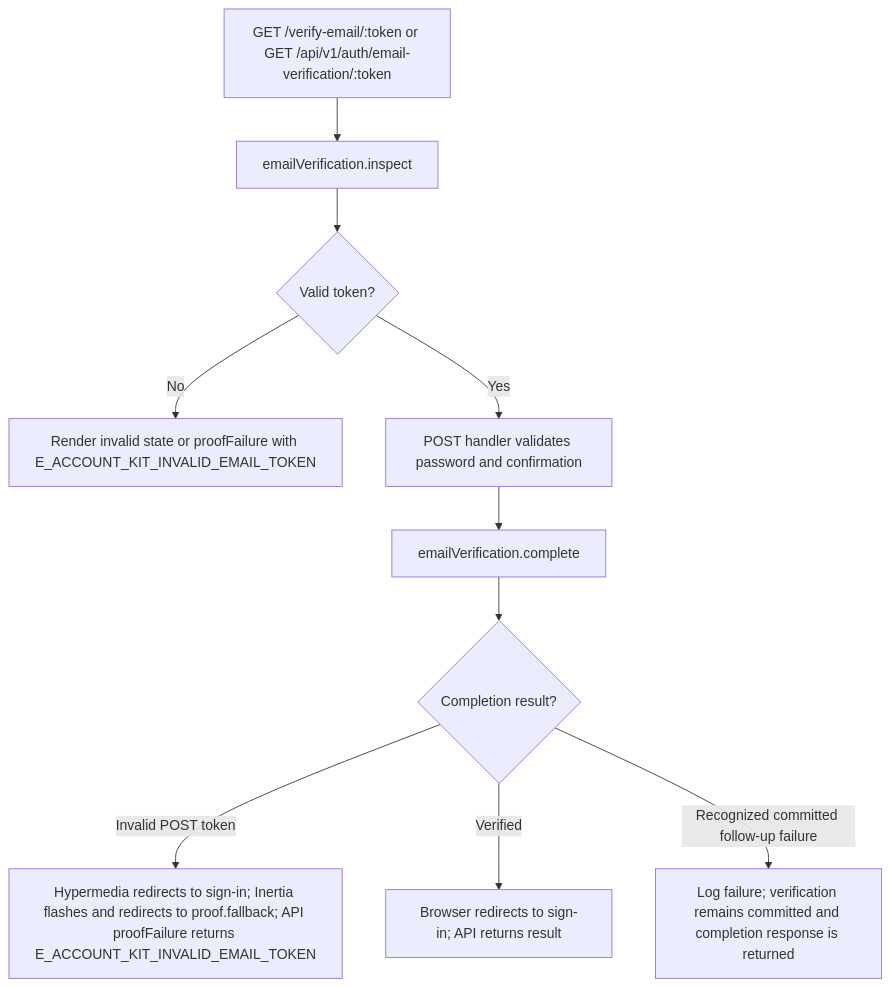
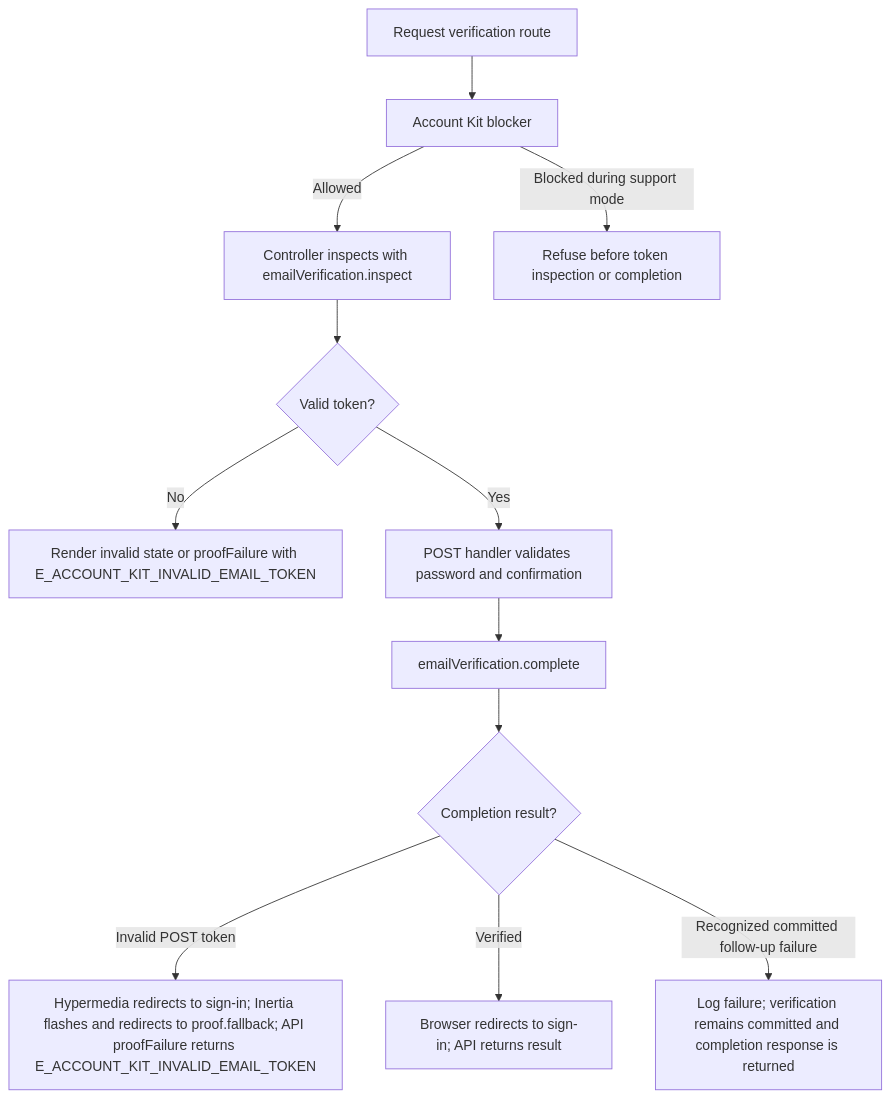
Before and after one commit to Kevinjohn/oss-adonisjs-starter-examples: the second of 2 diagrams in user-stories/accounts/us-account-11-complete-email-verification.md, drawn with Mermaid. The commit also changed other lines of this file and 12 other files, not shown here.

````diff
--- a/user-stories/accounts/us-account-11-complete-email-verification.md
+++ b/user-stories/accounts/us-account-11-complete-email-verification.md
@@ -49,12 +52,14 @@
 ```mermaid
 flowchart TD
-    A["GET /verify-email/:token or GET /api/v1/auth/email-verification/:token"] --> B["emailVerification.inspect"]
+    A["Request verification route"] --> Z["Account Kit blocker"]
+    Z -->|Allowed| B["Controller inspects with emailVerification.inspect"]
+    Z -->|Blocked during support mode| Z1["Refuse before token inspection or completion"]
     B --> C{"Valid token?"}
     C -->|No| D["Render invalid state or proofFailure with E_ACCOUNT_KIT_INVALID_EMAIL_TOKEN"]
     C -->|Yes| E["POST handler validates password and confirmation"]
     E --> F["emailVerification.complete"]
     F --> G{"Completion result?"}
     G -->|Invalid POST token| J["Hypermedia redirects to sign-in; Inertia flashes and redirects to proof.fallback; API proofFailure returns E_ACCOUNT_KIT_INVALID_EMAIL_TOKEN"]
     G -->|Verified| H["Browser redirects to sign-in; API returns result"]
     G -->|Recognized committed follow-up failure| I["Log failure; verification remains committed and completion response is returned"]
 ```
````
